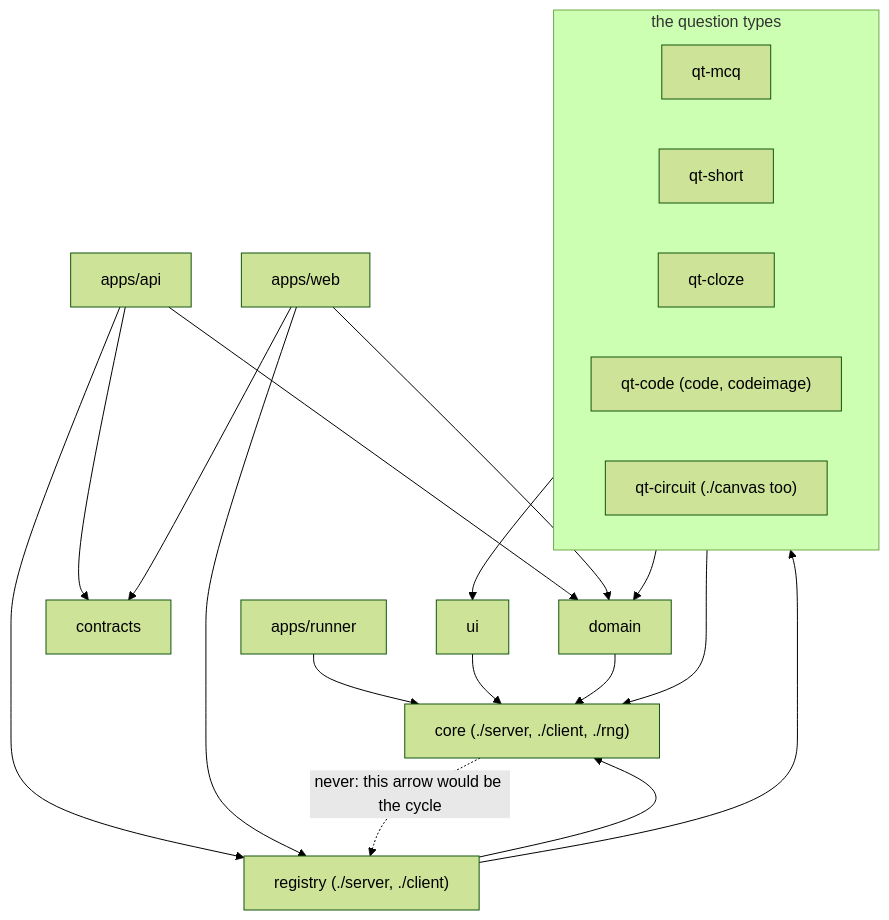
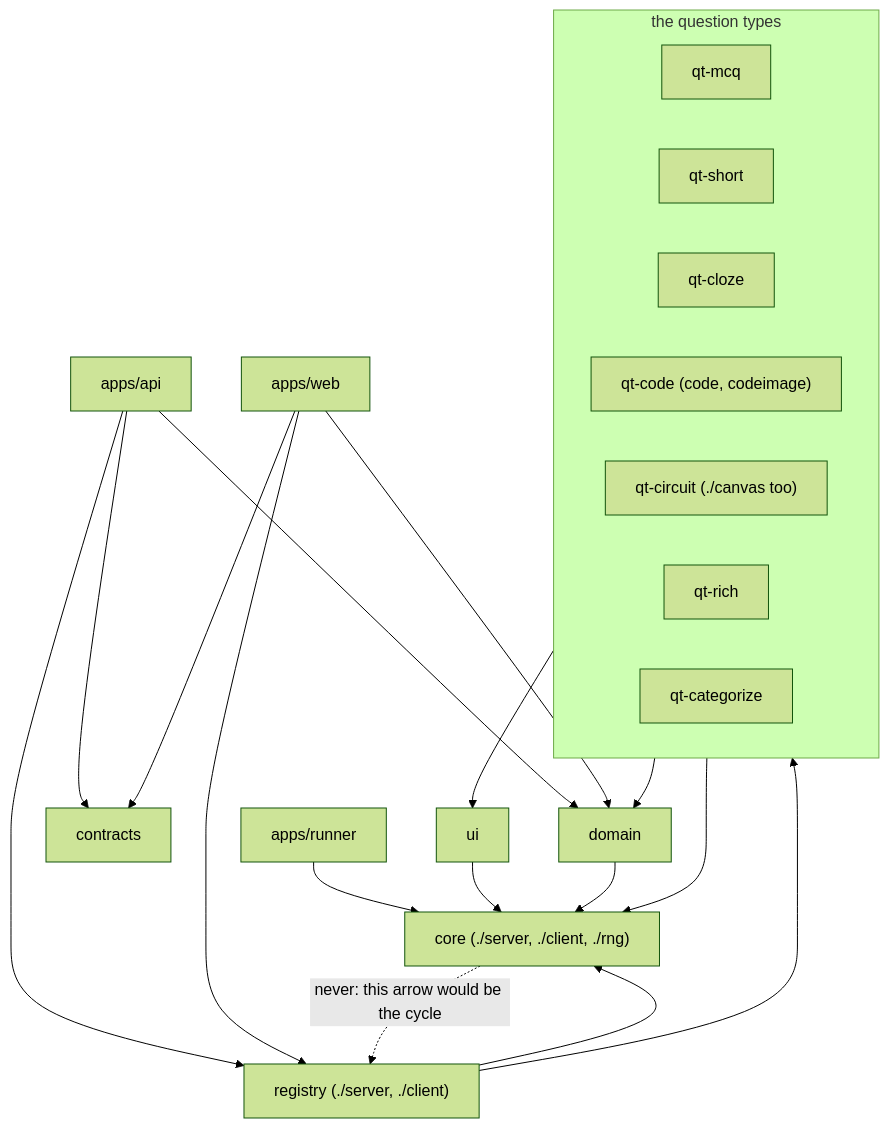
Before and after one commit to heig-tin-info/heig-quiz: the second of 8 diagrams in docs/development/architecture.md, drawn with Mermaid (forest theme). The commit also changed other lines of this file and 83 other files, not shown here.

````diff
--- a/docs/development/architecture.md
+++ b/docs/development/architecture.md
@@ -58,34 +58,36 @@
 ```mermaid
 flowchart TB
   API["apps/api"]
   WEB["apps/web"]
   RUNNER["apps/runner"]
   REG["registry (./server, ./client)"]
   CON["contracts"]
   DOM["domain"]
   CORE["core (./server, ./client, ./rng)"]
   UI["ui"]
   subgraph QT["the question types"]
     direction LR
     MCQ["qt-mcq"]
     SHORT["qt-short"]
     CLOZE["qt-cloze"]
     CODE["qt-code (code, codeimage)"]
     CIRCUIT["qt-circuit (./canvas too)"]
+    RICH["qt-rich"]
+    CATEGORIZE["qt-categorize"]
   end
   API --> CON
   API --> REG
   API --> DOM
   WEB --> CON
   WEB --> REG
   WEB --> DOM
   RUNNER --> CORE
   REG --> QT
   REG --> CORE
   QT --> DOM
   QT --> UI
   QT --> CORE
   UI --> CORE
   DOM --> CORE
   CORE -. "never: this arrow would be the cycle" .-> REG
 ```
````
